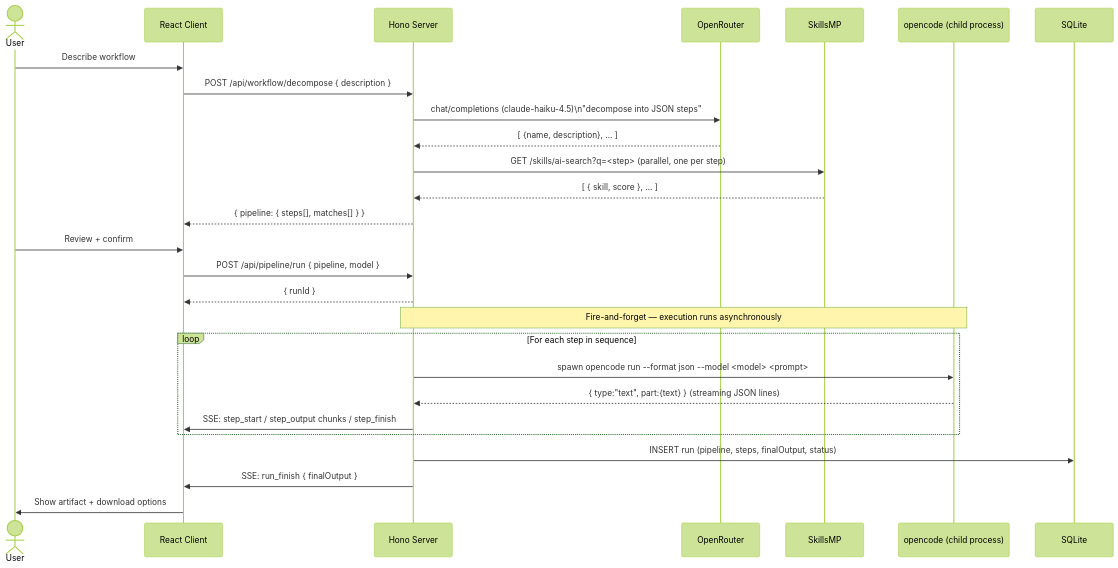
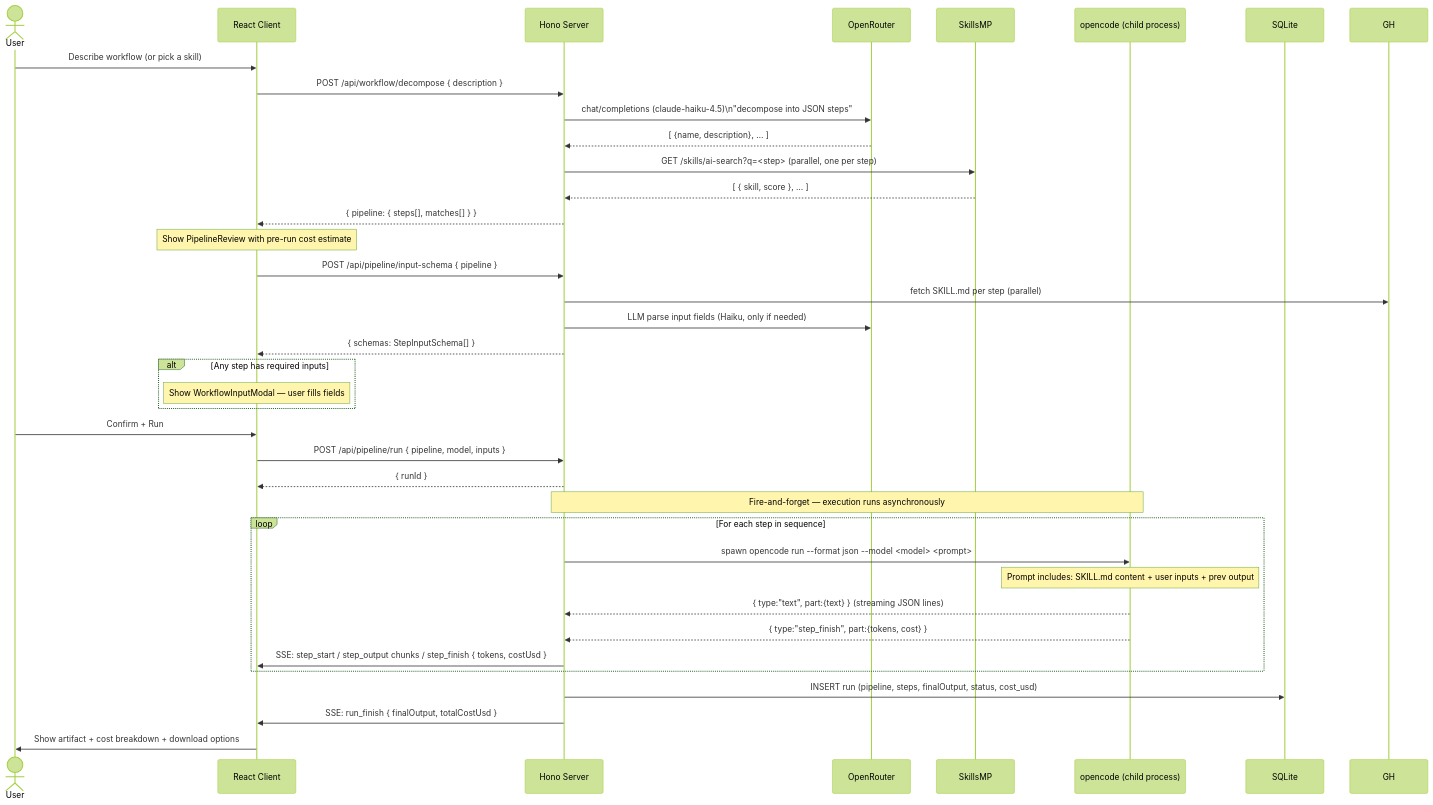
One commit to manticorevault/agentique changed the second of 6 diagrams in README.md. Above: the diagram before and after it, drawn with Mermaid (forest theme). The commit also changed other lines of this file, not shown here.

````diff
--- a/README.md
+++ b/README.md
@@ -92,34 +103,47 @@
 ```mermaid
 sequenceDiagram
     actor User
     participant Client as React Client
     participant Server as Hono Server
     participant OR as OpenRouter
     participant SMP as SkillsMP
     participant OC as opencode (child process)
     participant DB as SQLite
 
-    User->>Client: Describe workflow
+    User->>Client: Describe workflow (or pick a skill)
     Client->>Server: POST /api/workflow/decompose { description }
     Server->>OR: chat/completions (claude-haiku-4.5)\n"decompose into JSON steps"
     OR-->>Server: [ {name, description}, … ]
     Server->>SMP: GET /skills/ai-search?q=<step> (parallel, one per step)
     SMP-->>Server: [ { skill, score }, … ]
     Server-->>Client: { pipeline: { steps[], matches[] } }
 
-    User->>Client: Review + confirm
-    Client->>Server: POST /api/pipeline/run { pipeline, model }
+    Note over Client: Show PipelineReview with pre-run cost estimate
+
+    Client->>Server: POST /api/pipeline/input-schema { pipeline }
+    Server->>GH: fetch SKILL.md per step (parallel)
+    Server->>OR: LLM parse input fields (Haiku, only if needed)
+    Server-->>Client: { schemas: StepInputSchema[] }
+
+    alt Any step has required inputs
+        Note over Client: Show WorkflowInputModal — user fills fields
+    end
+
+    User->>Client: Confirm + Run
+    Client->>Server: POST /api/pipeline/run { pipeline, model, inputs }
     Server-->>Client: { runId }
 
     Note over Server,OC: Fire-and-forget — execution runs asynchronously
 
     loop For each step in sequence
         Server->>OC: spawn opencode run --format json --model <model> <prompt>
+        Note over OC: Prompt includes: SKILL.md content + user inputs + prev output
         OC-->>Server: { type:"text", part:{text} } (streaming JSON lines)
-        Server->>Client: SSE: step_start / step_output chunks / step_finish
+        OC-->>Server: { type:"step_finish", part:{tokens, cost} }
+        Server->>Client: SSE: step_start / step_output chunks / step_finish { tokens, costUsd }
     end
 
-    Server->>DB: INSERT run (pipeline, steps, finalOutput, status)
-    Server->>Client: SSE: run_finish { finalOutput }
-    Client->>User: Show artifact + download options
+    Server->>DB: INSERT run (pipeline, steps, finalOutput, status, cost_usd)
+    Server->>Client: SSE: run_finish { finalOutput, totalCostUsd }
+    Client->>User: Show artifact + cost breakdown + download options
 ```
````
